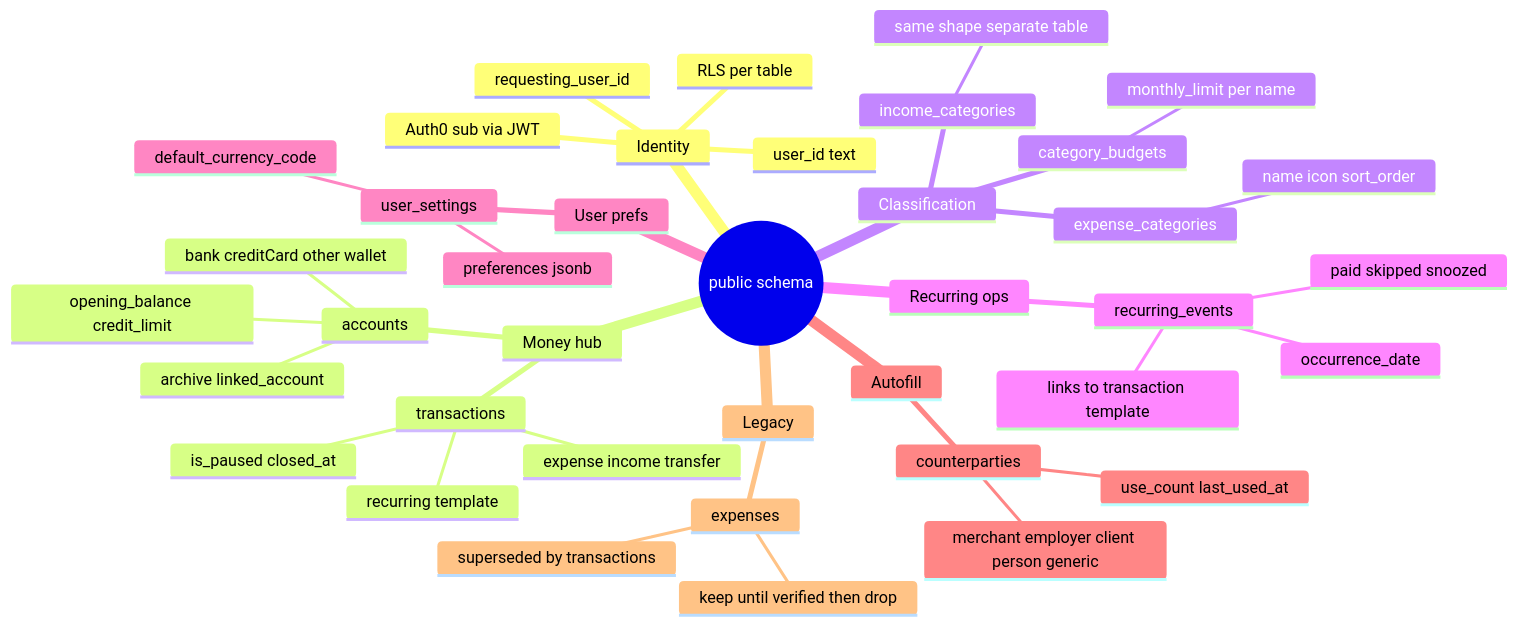
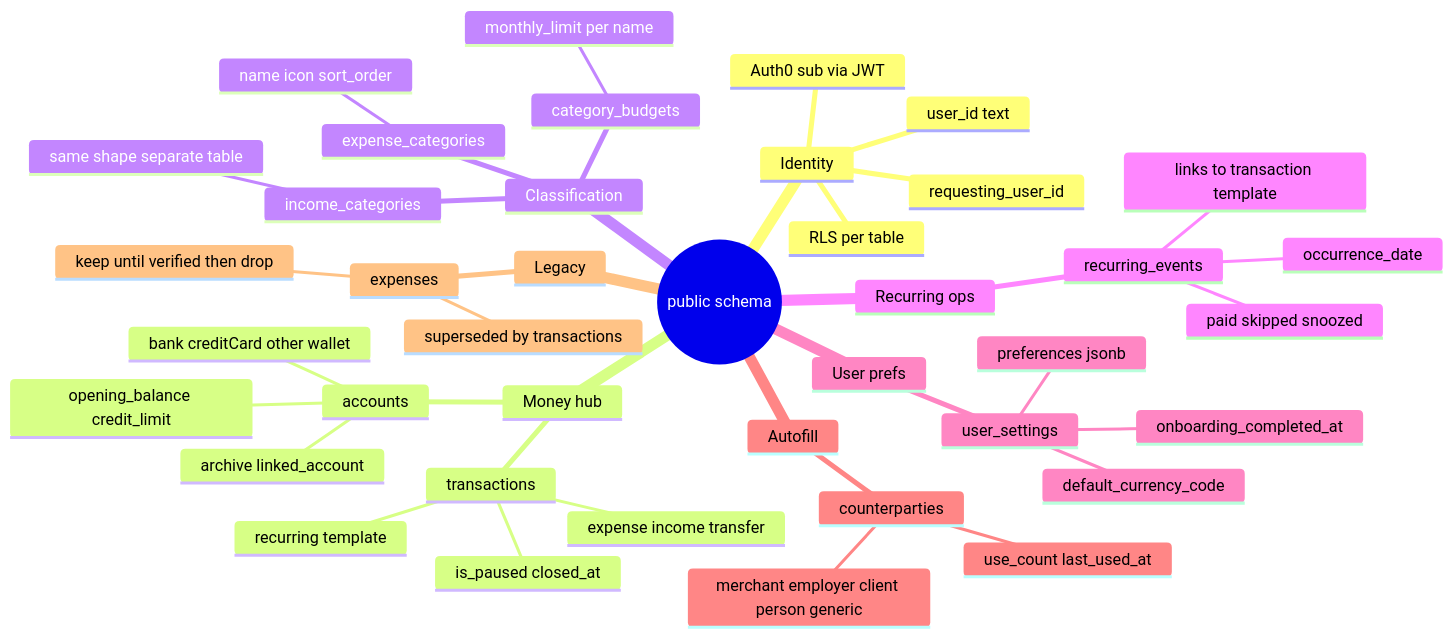
The first of 2 diagrams in docs/DATABASE_SCHEMA.md (shubhamambastha/expense_tracker_app), drawn with Mermaid before and after one commit. The commit also changed other lines of this file and 12 other files, not shown here.

````diff
--- a/docs/DATABASE_SCHEMA.md
+++ b/docs/DATABASE_SCHEMA.md
@@ -30,42 +30,43 @@
 ```mermaid
 mindmap
   root((public schema))
     Identity
       user_id text
       Auth0 sub via JWT
       requesting_user_id
       RLS per table
     Money hub
       transactions
         expense income transfer
         recurring template
         is_paused closed_at
       accounts
         bank creditCard other wallet
         opening_balance credit_limit
         archive linked_account
     Classification
       expense_categories
         name icon sort_order
       income_categories
         same shape separate table
       category_budgets
         monthly_limit per name
     Recurring ops
       recurring_events
         paid skipped snoozed
         occurrence_date
         links to transaction template
     User prefs
       user_settings
         default_currency_code
         preferences jsonb
+        onboarding_completed_at
     Autofill
       counterparties
         merchant employer client person generic
         use_count last_used_at
     Legacy
       expenses
         superseded by transactions
         keep until verified then drop
 ```
````
